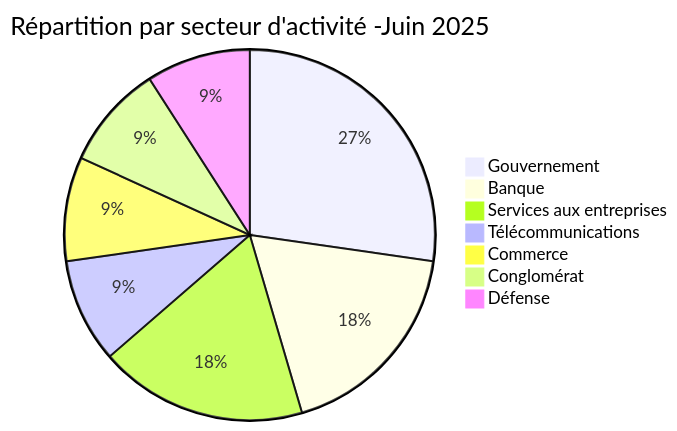
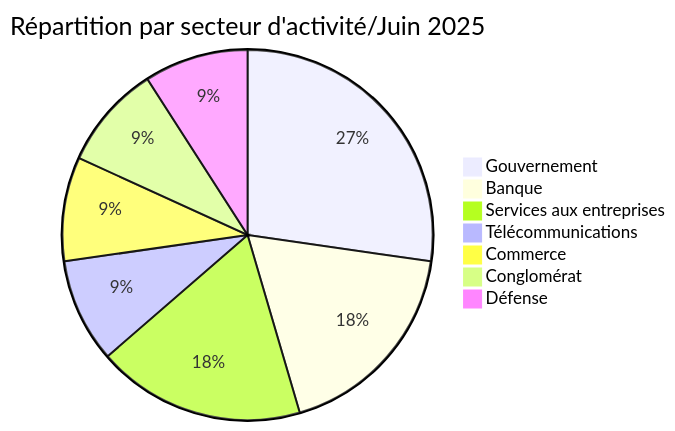
The second of 5 diagrams in reports/2025/06-june/README_FR.md (Hatchepsoute/AFRINTEL), drawn with Mermaid before and after one commit.

Commit message:
Rapport CTI : Cyberattaques en Afrique Juin 2025

````diff
--- a/reports/2025/06-june/README_FR.md
+++ b/reports/2025/06-june/README_FR.md
@@ -59,10 +59,10 @@
 ```mermaid
-pie title Répartition par secteur d'activité -Juin 2025
+pie title Répartition par secteur d'activité/Juin 2025
     "Gouvernement" : 3
     "Banque" : 2
     "Services aux entreprises" : 2
     "Télécommunications" : 1
     "Commerce" : 1
     "Conglomérat" : 1
     "Défense" : 1
 ```
````
